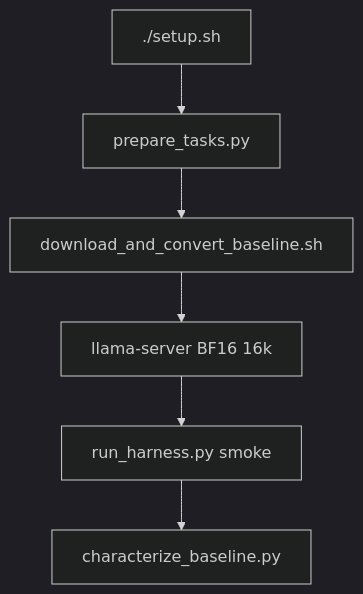
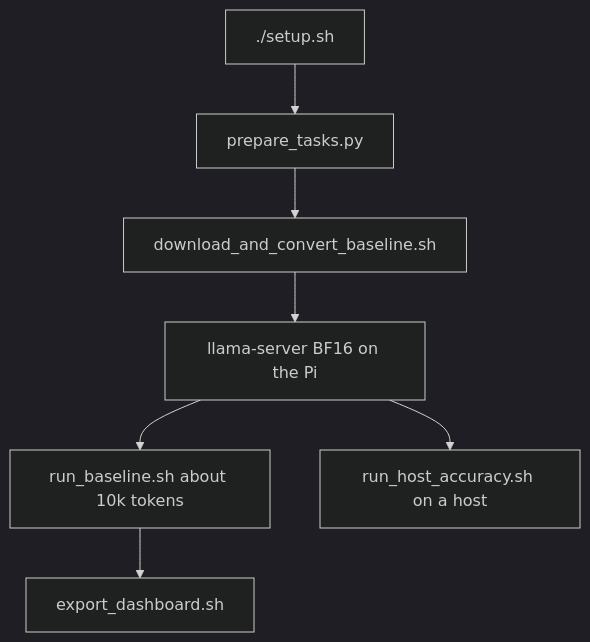
The third of 3 diagrams in README.md (WajahatRiaz/g7a1-ai-edge-devices-project), drawn with Mermaid (dark theme) before and after one commit. The commit also changed other lines of this file and 10 other files, not shown here.

````diff
--- a/README.md
+++ b/README.md
@@ -238,8 +245,9 @@
 ```mermaid
 flowchart TD
   A[./setup.sh] --> B[prepare_tasks.py]
   B --> C[download_and_convert_baseline.sh]
-  C --> D[llama-server BF16 16k]
-  D --> E[run_harness.py smoke]
-  E --> F[characterize_baseline.py]
+  C --> D[llama-server BF16 on the Pi]
+  D --> E[run_baseline.sh about 10k tokens]
+  E --> F[export_dashboard.sh]
+  D --> G[run_host_accuracy.sh on a host]
 ```
````
